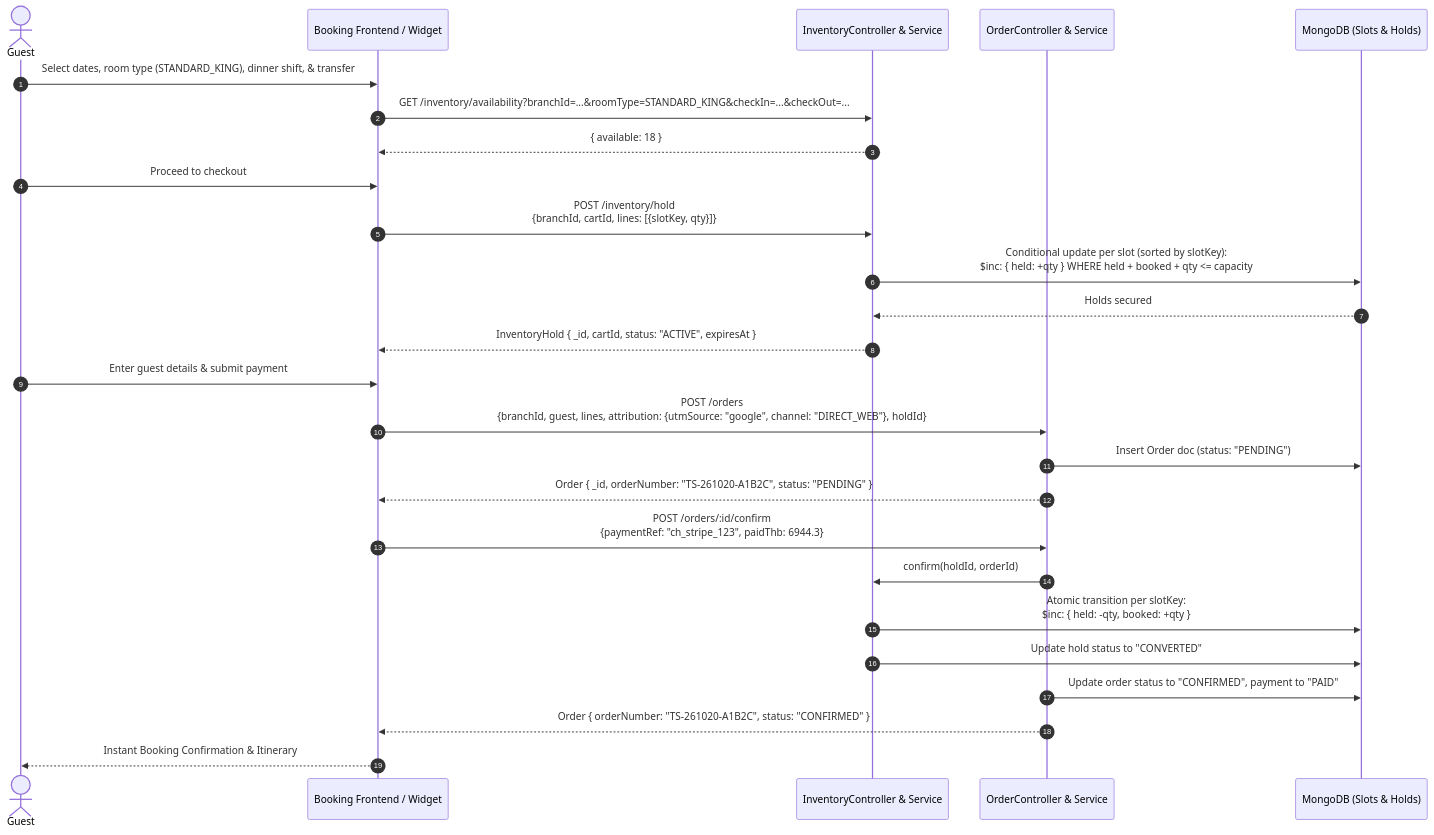
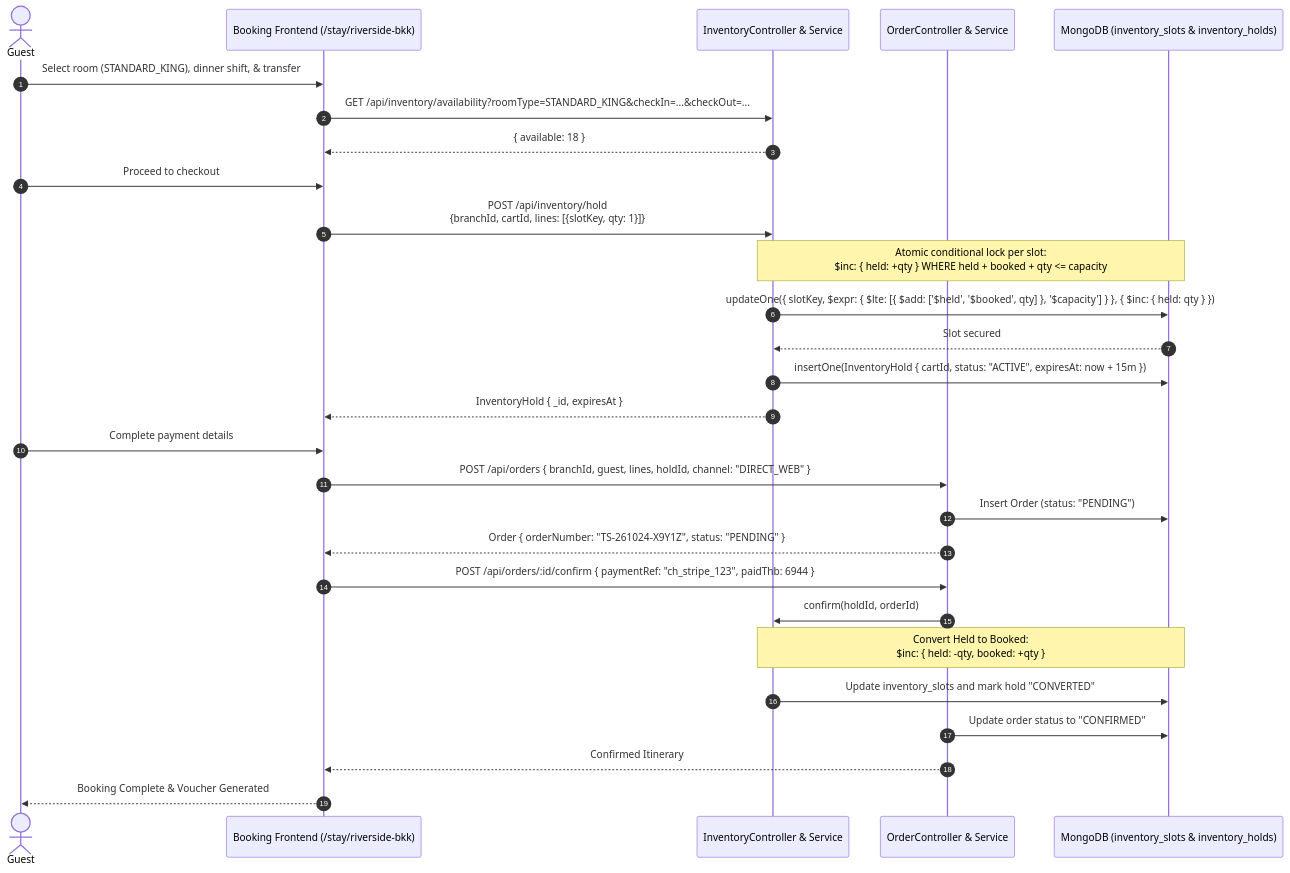
One commit to LynnT-2003/yoonie-frontend changed the third of 7 diagrams in docs/SYSTEM_FLOWS.md. Above: the diagram before and after it, drawn with Mermaid. The commit also changed other lines of this file and 15 other files, not shown here.

````diff
--- a/docs/SYSTEM_FLOWS.md
+++ b/docs/SYSTEM_FLOWS.md
@@ -80,32 +93,34 @@
 ```mermaid
 sequenceDiagram
     autonumber
     actor Guest
-    participant Web as Booking Frontend / Widget
+    participant Web as Booking Frontend (/stay/riverside-bkk)
     participant Inv as InventoryController & Service
     participant Ord as OrderController & Service
-    participant DB as MongoDB (Slots & Holds)
+    participant DB as MongoDB (inventory_slots & inventory_holds)
 
-    Guest->>Web: Select dates, room type (STANDARD_KING), dinner shift, & transfer
-    Web->>Inv: GET /inventory/availability?branchId=...&roomType=STANDARD_KING&checkIn=...&checkOut=...
+    Guest->>Web: Select room (STANDARD_KING), dinner shift, & transfer
+    Web->>Inv: GET /api/inventory/availability?roomType=STANDARD_KING&checkIn=...&checkOut=...
     Inv-->>Web: { available: 18 }
 
     Guest->>Web: Proceed to checkout
-    Web->>Inv: POST /inventory/hold<br/>{branchId, cartId, lines: [{slotKey, qty}]}
-    Inv->>DB: Conditional update per slot (sorted by slotKey):<br/>$inc: { held: +qty } WHERE held + booked + qty <= capacity
-    DB-->>Inv: Holds secured
-    Inv-->>Web: InventoryHold { _id, cartId, status: "ACTIVE", expiresAt }
+    Web->>Inv: POST /api/inventory/hold<br/>{branchId, cartId, lines: [{slotKey, qty: 1}]}
+    Note over Inv,DB: Atomic conditional lock per slot:<br/>$inc: { held: +qty } WHERE held + booked + qty <= capacity
+    Inv->>DB: updateOne({ slotKey, $expr: { $lte: [{ $add: ['$held', '$booked', qty] }, '$capacity'] } }, { $inc: { held: qty } })
+    DB-->>Inv: Slot secured
+    Inv->>DB: insertOne(InventoryHold { cartId, status: "ACTIVE", expiresAt: now + 15m })
+    Inv-->>Web: InventoryHold { _id, expiresAt }
 
-    Guest->>Web: Enter guest details & submit payment
-    Web->>Ord: POST /orders<br/>{branchId, guest, lines, attribution: {utmSource: "google", channel: "DIRECT_WEB"}, holdId}
-    Ord->>DB: Insert Order doc (status: "PENDING")
-    Ord-->>Web: Order { _id, orderNumber: "TS-261020-A1B2C", status: "PENDING" }
+    Guest->>Web: Complete payment details
+    Web->>Ord: POST /api/orders { branchId, guest, lines, holdId, channel: "DIRECT_WEB" }
+    Ord->>DB: Insert Order (status: "PENDING")
+    Ord-->>Web: Order { orderNumber: "TS-261024-X9Y1Z", status: "PENDING" }
 
-    Web->>Ord: POST /orders/:id/confirm<br/>{paymentRef: "ch_stripe_123", paidThb: 6944.3}
+    Web->>Ord: POST /api/orders/:id/confirm { paymentRef: "ch_stripe_123", paidThb: 6944 }
     Ord->>Inv: confirm(holdId, orderId)
-    Inv->>DB: Atomic transition per slotKey:<br/>$inc: { held: -qty, booked: +qty }
-    Inv->>DB: Update hold status to "CONVERTED"
-    Ord->>DB: Update order status to "CONFIRMED", payment to "PAID"
-    Ord-->>Web: Order { orderNumber: "TS-261020-A1B2C", status: "CONFIRMED" }
-    Web-->>Guest: Instant Booking Confirmation & Itinerary
+    Note over Inv,DB: Convert Held to Booked:<br/>$inc: { held: -qty, booked: +qty }
+    Inv->>DB: Update inventory_slots and mark hold "CONVERTED"
+    Ord->>DB: Update order status to "CONFIRMED"
+    Ord-->>Web: Confirmed Itinerary
+    Web-->>Guest: Booking Complete & Voucher Generated
 ```
````
